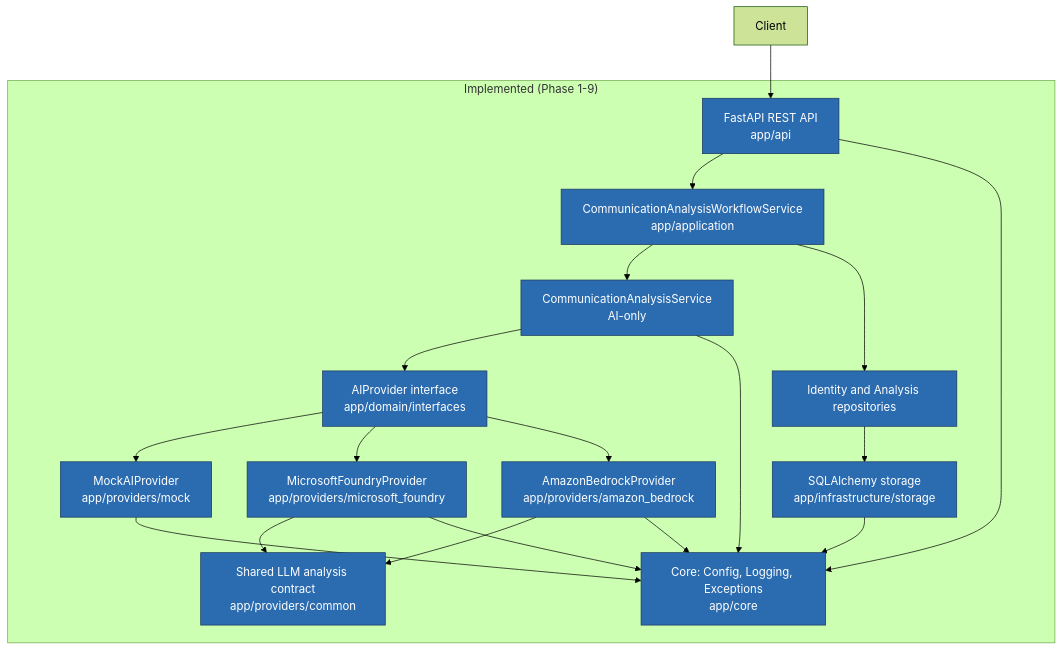
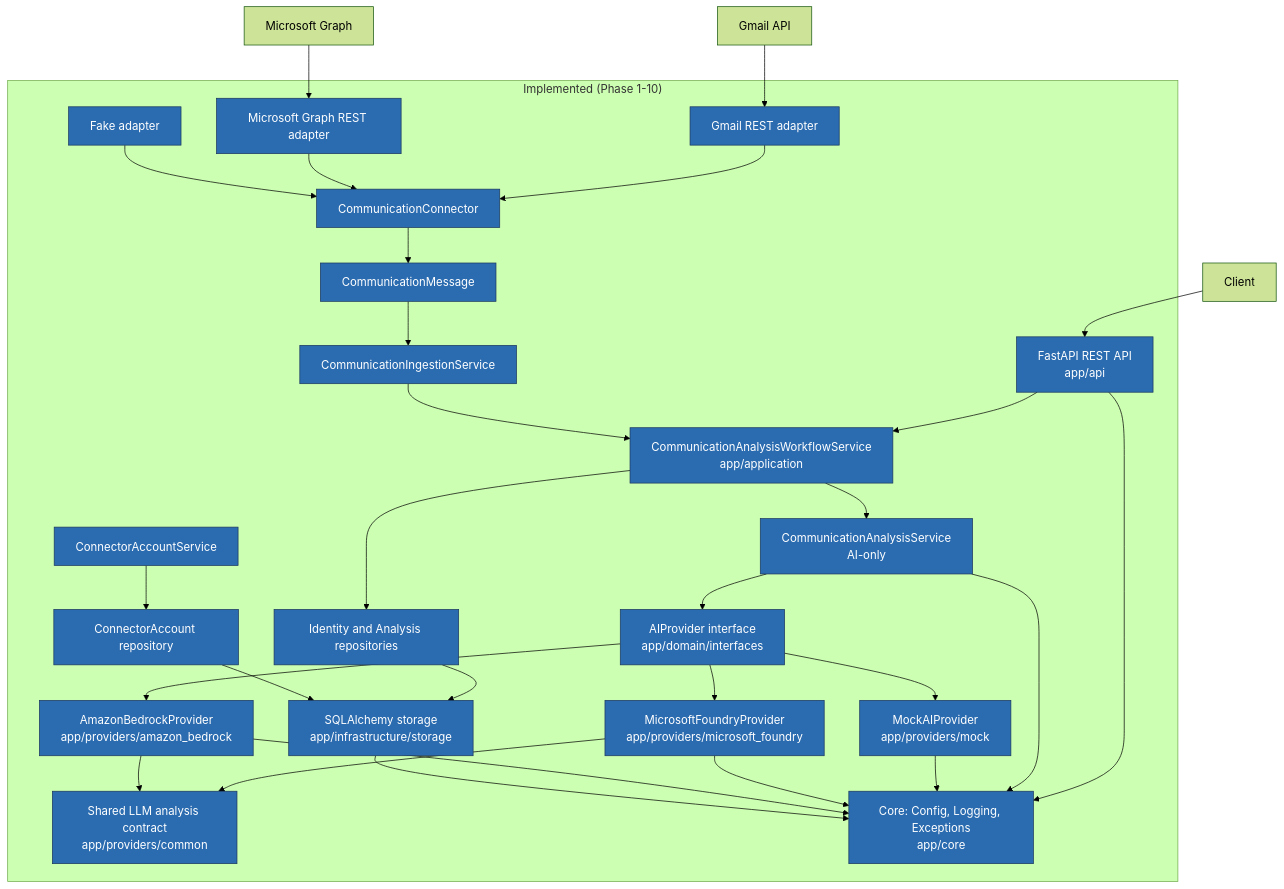
Before and after one commit to Susanta2025-lab/enterprise-communication-intelligence: the diagram in docs/diagrams/architecture.mmd, drawn with Mermaid (forest theme). The commit also changed 16 other files, not shown here.

Commit message:
docs: complete phase 10 communication connectors

```diff
--- a/docs/diagrams/architecture.mmd
+++ b/docs/diagrams/architecture.mmd
@@ -1,38 +1,58 @@
 graph TB
     Client[Client]
+    GmailAPI[Gmail API]
+    GraphAPI[Microsoft Graph]
 
-    subgraph Implemented["Implemented (Phase 1-9)"]
+    subgraph Implemented["Implemented (Phase 1-10)"]
         API["FastAPI REST API<br/>app/api"]
+        Connector["CommunicationConnector"]
+        GmailC["Gmail REST adapter"]
+        GraphC["Microsoft Graph REST adapter"]
+        FakeC["Fake adapter"]
+        Message["CommunicationMessage"]
+        Ingestion["CommunicationIngestionService"]
+        AccountSvc["ConnectorAccountService"]
         Workflow["CommunicationAnalysisWorkflowService<br/>app/application"]
         App["CommunicationAnalysisService<br/>AI-only"]
         Iface["AIProvider interface<br/>app/domain/interfaces"]
         Mock["MockAIProvider<br/>app/providers/mock"]
         Foundry["MicrosoftFoundryProvider<br/>app/providers/microsoft_foundry"]
         Bedrock["AmazonBedrockProvider<br/>app/providers/amazon_bedrock"]
         Common["Shared LLM analysis contract<br/>app/providers/common"]
         Repos["Identity and Analysis repositories"]
+        AccountRepos["ConnectorAccount repository"]
         Storage["SQLAlchemy storage<br/>app/infrastructure/storage"]
         Core["Core: Config, Logging, Exceptions<br/>app/core"]
     end
 
     Client --> API
     API --> Workflow
+    GmailAPI --> GmailC
+    GraphAPI --> GraphC
+    GmailC --> Connector
+    GraphC --> Connector
+    FakeC --> Connector
+    Connector --> Message
+    Message --> Ingestion
+    Ingestion --> Workflow
+    AccountSvc --> AccountRepos
     Workflow --> App
     App --> Iface
     Iface --> Mock
     Iface --> Foundry
     Iface --> Bedrock
     Foundry --> Common
     Bedrock --> Common
     Workflow --> Repos
     Repos --> Storage
+    AccountRepos --> Storage
     API --> Core
     App --> Core
     Mock --> Core
     Foundry --> Core
     Bedrock --> Core
     Storage --> Core
 
     classDef implemented fill:#2b6cb0,color:#fff,stroke:#1a365d,stroke-width:1px
 
-    class API,Workflow,App,Iface,Mock,Foundry,Bedrock,Common,Repos,Storage,Core implemented
+    class API,Connector,GmailC,GraphC,FakeC,Message,Ingestion,AccountSvc,Workflow,App,Iface,Mock,Foundry,Bedrock,Common,Repos,AccountRepos,Storage,Core implemented
```
